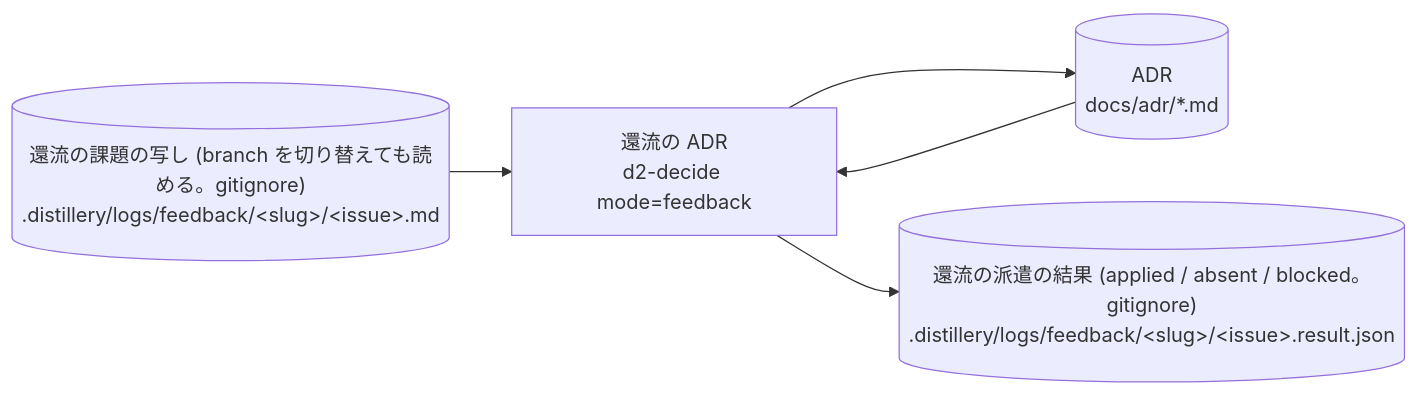
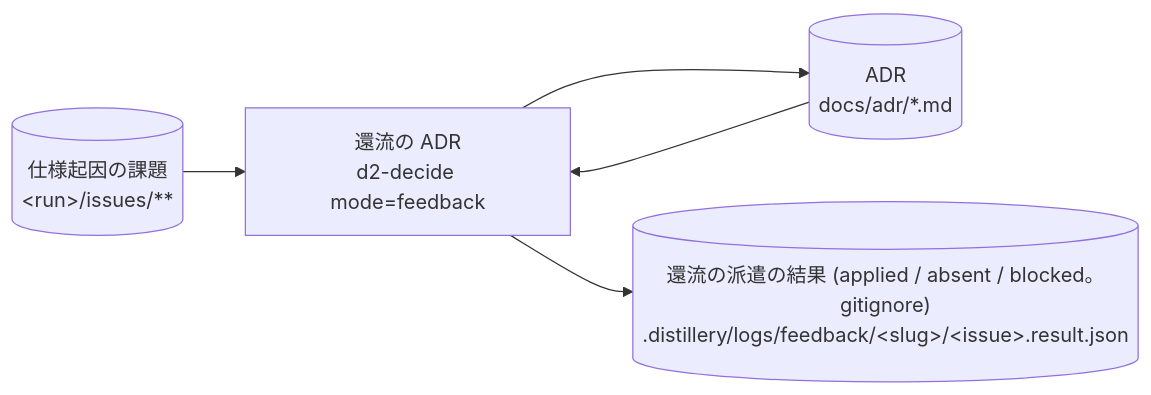
One commit to suwa-sh/suwa-sh-claude-plugins changed diagram 25 of 43 in plugins/distillery2/skills/d2-common/references/dataflow.md. Above: the diagram before and after it, drawn with Mermaid. The commit also changed other lines of this file and 20 other files, not shown here.

First line of the commit message:
feat(distillery2): PR / issue をやめ、配送と還流を git とファイルだけで完結させる (0.1.26)

````diff
--- a/plugins/distillery2/skills/d2-common/references/dataflow.md
+++ b/plugins/distillery2/skills/d2-common/references/dataflow.md
@@ -661,11 +661,11 @@
 ```mermaid
 flowchart LR
   p_decide_feedback["還流の ADR<br/>d2-decide mode=feedback"]
-  s_feedback_issue_copy[("還流の課題の写し (branch を切り替えても読める。gitignore)<br/>.distillery/logs/feedback/#lt;slug#gt;/#lt;issue#gt;.md")]
+  s_issues[("仕様起因の課題<br/>#lt;run#gt;/issues/**")]
   s_adr[("ADR<br/>docs/adr/*.md")]
   s_feedback_result[("還流の派遣の結果 (applied / absent / blocked。gitignore)<br/>.distillery/logs/feedback/#lt;slug#gt;/#lt;issue#gt;.result.json")]
-  s_feedback_issue_copy --> p_decide_feedback
+  s_issues --> p_decide_feedback
   s_adr --> p_decide_feedback
   p_decide_feedback --> s_adr
   p_decide_feedback --> s_feedback_result
 ```
````
